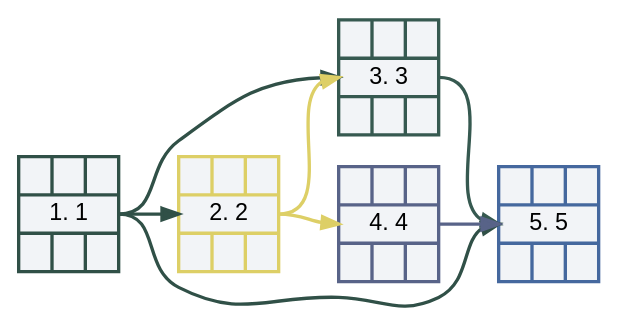
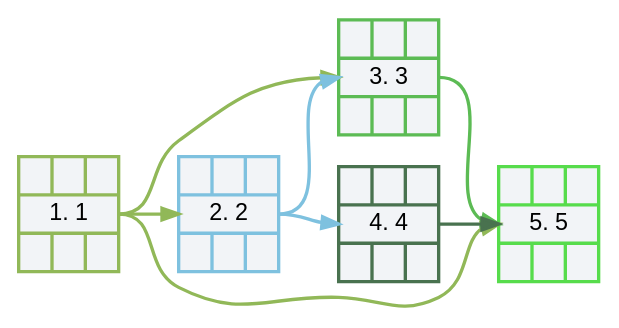
The diagram in files/NetworkGraph01.gv (DVin-programmer/networkGraphics), drawn with Graphviz before and after one commit. The commit also changed 14 other files, not shown here.

```diff
--- a/files/NetworkGraph01.gv
+++ b/files/NetworkGraph01.gv
@@ -1,22 +1,22 @@
         digraph NetworkGraph01
         {
            //graph [charset = "utf8"]
            rankdir = LR
            layout = dot
            splines = spline
            node [style = "filled, bold", fillcolor = "#f2f4f7", fontname = "Arial"]
            edge [penwidth = 2]
-           v1 [fontname = "Arial",color = "#305047", shape = record, label = "{  |  |  } |  <mI1> 1. 1 | { |  |  }"]
-   v2 [fontname = "Arial",color = "#ddcf66", shape = record, label = "{  |  |  } |  <mI2> 2. 2 | { |  |  }"]
-   v3 [fontname = "Arial",color = "#365950", shape = record, label = "{  |  |  } |  <mI3> 3. 3 | { |  |  }"]
-   v4 [fontname = "Arial",color = "#586388", shape = record, label = "{  |  |  } |  <mI4> 4. 4 | { |  |  }"]
-   v5 [fontname = "Arial",color = "#45689e", shape = record, label = "{  |  |  } |  <mI5> 5. 5 | { |  |  }"]
-   v1:<mI1> -> v2:<mI2> [color = "#305047"]
-   v2:<mI2> -> v3:<mI3> [color = "#ddcf66"]
-   v1:<mI1> -> v3:<mI3> [color = "#305047"]
-   v2:<mI2> -> v4:<mI4> [color = "#ddcf66"]
-   v1:<mI1> -> v5:<mI5> [color = "#305047"]
-   v3:<mI3> -> v5:<mI5> [color = "#365950"]
-   v4:<mI4> -> v5:<mI5> [color = "#586388"]
+           v1 [fontname = "Arial",color = "#91b858", shape = record, label = "{  |  |  } |  <mI1> 1. 1 | { |  |  }"]
+   v2 [fontname = "Arial",color = "#7ec1df", shape = record, label = "{  |  |  } |  <mI2> 2. 2 | { |  |  }"]
+   v3 [fontname = "Arial",color = "#5cbb54", shape = record, label = "{  |  |  } |  <mI3> 3. 3 | { |  |  }"]
+   v4 [fontname = "Arial",color = "#49724f", shape = record, label = "{  |  |  } |  <mI4> 4. 4 | { |  |  }"]
+   v5 [fontname = "Arial",color = "#57dc4c", shape = record, label = "{  |  |  } |  <mI5> 5. 5 | { |  |  }"]
+   v1:<mI1> -> v2:<mI2> [color = "#91b858"]
+   v1:<mI1> -> v3:<mI3> [color = "#91b858"]
+   v2:<mI2> -> v3:<mI3> [color = "#7ec1df"]
+   v2:<mI2> -> v4:<mI4> [color = "#7ec1df"]
+   v1:<mI1> -> v5:<mI5> [color = "#91b858"]
+   v3:<mI3> -> v5:<mI5> [color = "#5cbb54"]
+   v4:<mI4> -> v5:<mI5> [color = "#49724f"]
 
 }
```
